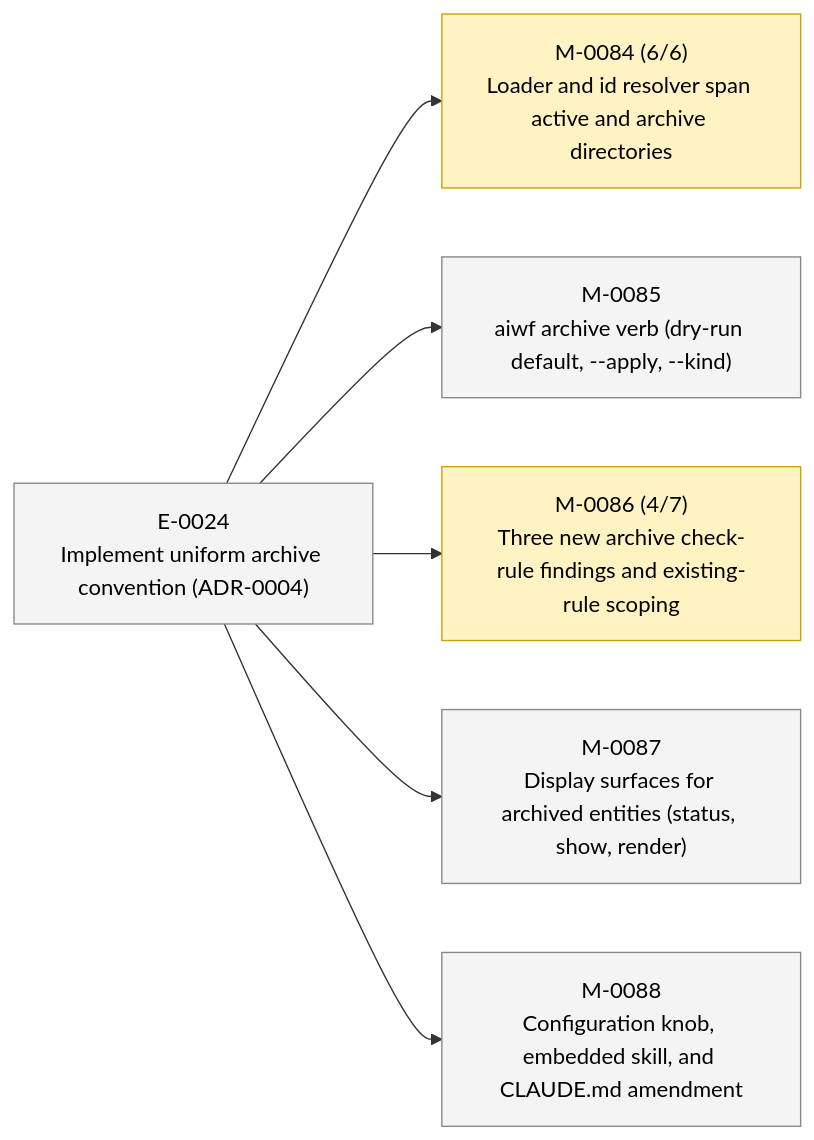
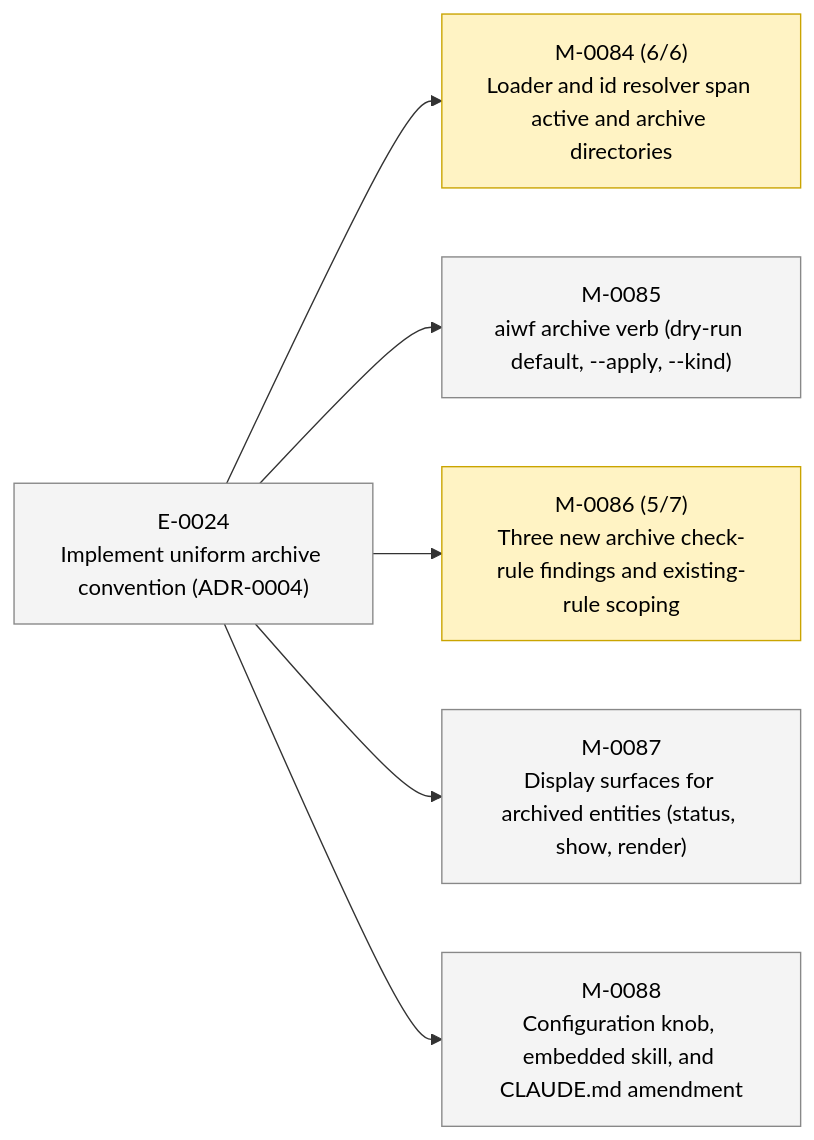
Before and after one commit to 23min/aiwf: the second of 2 diagrams in STATUS.md, drawn with Mermaid. The commit also changed other lines of this file and 1 other file, not shown here.

````diff
--- a/STATUS.md
+++ b/STATUS.md
@@ -49,20 +49,20 @@
 ```mermaid
 flowchart LR
   E_0024["E-0024<br/>Implement uniform archive convention (ADR-0004)"]:::epic_proposed
   M_0084["M-0084 (6/6)<br/>Loader and id resolver span active and archive directories"]:::ms_in_progress
   E_0024 --> M_0084
   M_0085["M-0085<br/>aiwf archive verb (dry-run default, --apply, --kind)"]:::ms_draft
   E_0024 --> M_0085
-  M_0086["M-0086 (4/7)<br/>Three new archive check-rule findings and existing-rule scoping"]:::ms_in_progress
+  M_0086["M-0086 (5/7)<br/>Three new archive check-rule findings and existing-rule scoping"]:::ms_in_progress
   E_0024 --> M_0086
   M_0087["M-0087<br/>Display surfaces for archived entities (status, show, render)"]:::ms_draft
   E_0024 --> M_0087
   M_0088["M-0088<br/>Configuration knob, embedded skill, and CLAUDE.md amendment"]:::ms_draft
   E_0024 --> M_0088
   classDef epic_active fill:#d6eaff,stroke:#1a73e8,color:#000
   classDef epic_proposed fill:#f4f4f4,stroke:#888,color:#000
   classDef ms_done fill:#d8f5d8,stroke:#2a8a2a,color:#000
   classDef ms_in_progress fill:#fff3c4,stroke:#caa400,color:#000
   classDef ms_draft fill:#f4f4f4,stroke:#888,color:#000
   classDef ms_cancelled fill:#fbeaea,stroke:#c33,color:#000
 ```
````
